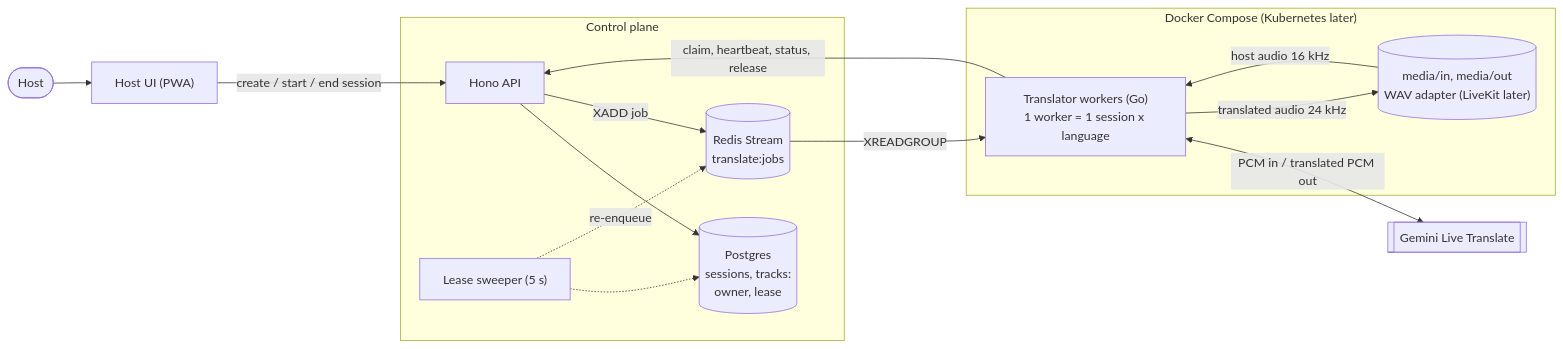
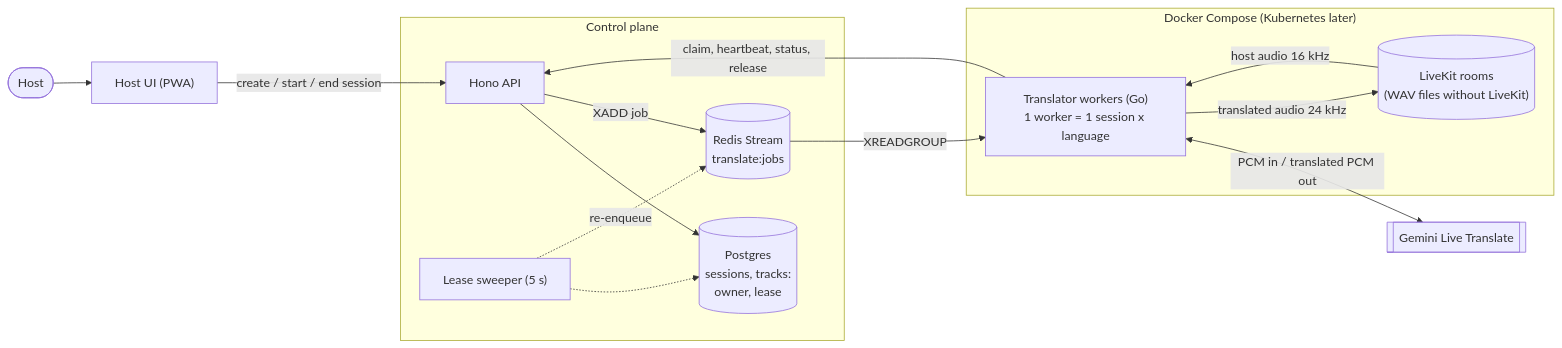
Before and after one commit to WH1TE-SHAD0W/ai-dubbing-studio: the first of 6 diagrams in apps/translator/pod-spec.md, drawn with Mermaid. The commit also changed other lines of this file and 6 other files, not shown here.

First line of the commit message:
docs: translator workers join LiveKit (YGP-70)

````diff
--- a/apps/translator/pod-spec.md
+++ b/apps/translator/pod-spec.md
@@ -31,30 +31,30 @@
 ```mermaid
 flowchart LR
     Host(["Host"])
     HostUI["Host UI (PWA)"]
 
     subgraph Control["Control plane"]
         API["Hono API"]
         DB[("Postgres<br/>sessions, tracks:<br/>owner, lease")]
         Q[("Redis Stream<br/>translate:jobs")]
         Sweep["Lease sweeper (5 s)"]
     end
 
     subgraph Workers["Docker Compose (Kubernetes later)"]
         W["Translator workers (Go)<br/>1 worker = 1 session x language"]
-        M[("media/in, media/out<br/>WAV adapter (LiveKit later)")]
+        M[("LiveKit rooms<br/>(WAV files without LiveKit)")]
     end
 
     Gem[["Gemini Live Translate"]]
 
     Host --> HostUI -->|"create / start / end session"| API
     API --> DB
     API -->|"XADD job"| Q
     Sweep -.-> DB
     Sweep -.->|"re-enqueue"| Q
     Q -->|"XREADGROUP"| W
     W -->|"claim, heartbeat, status, release"| API
     M -->|"host audio 16 kHz"| W
     W <-->|"PCM in / translated PCM out"| Gem
     W -->|"translated audio 24 kHz"| M
 ```
````
